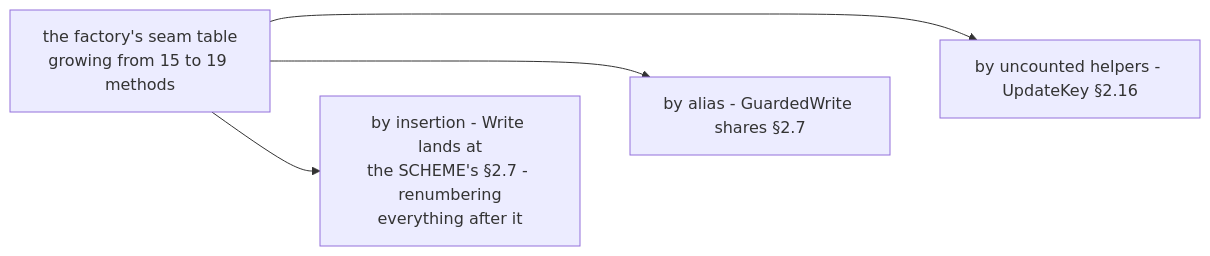
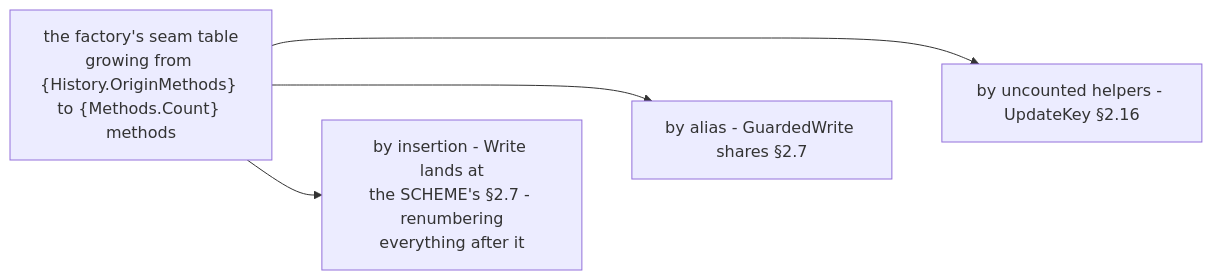
The diagram in Source/Content/Mermaid/case-p1-methods.mmd (PlayForm/Site-DeepSeek), drawn with Mermaid before and after one commit. The commit also changed 51 other files, not shown here.

```diff
--- a/Source/Content/Mermaid/case-p1-methods.mmd
+++ b/Source/Content/Mermaid/case-p1-methods.mmd
@@ -1,11 +1,11 @@
 flowchart LR
-	TABLE["the factory's seam table<br/>growing from 15 to 19 methods"]
+	TABLE["the factory's seam table<br/>growing from {History.OriginMethods} to {Methods.Count} methods"]
 	INS["by insertion - Write lands at<br/>the SCHEME's §2.7 - renumbering<br/>everything after it"]
 	AL["by alias - GuardedWrite shares §2.7"]
 	HELP["by uncounted helpers - UpdateKey §2.16"]
 	TABLE --> INS
 	TABLE --> AL
 	TABLE --> HELP
 	%% Invisible layout links only - no semantics.
 	INS ~~~ AL
 	AL ~~~ HELP
```
